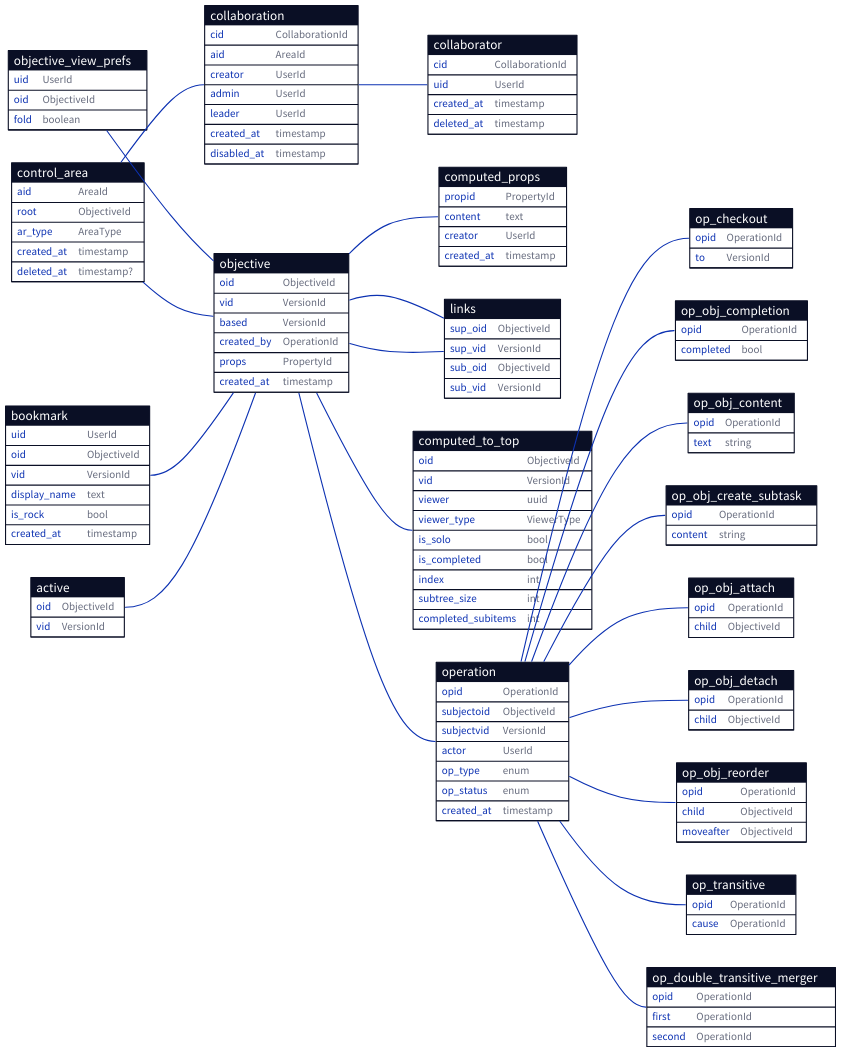
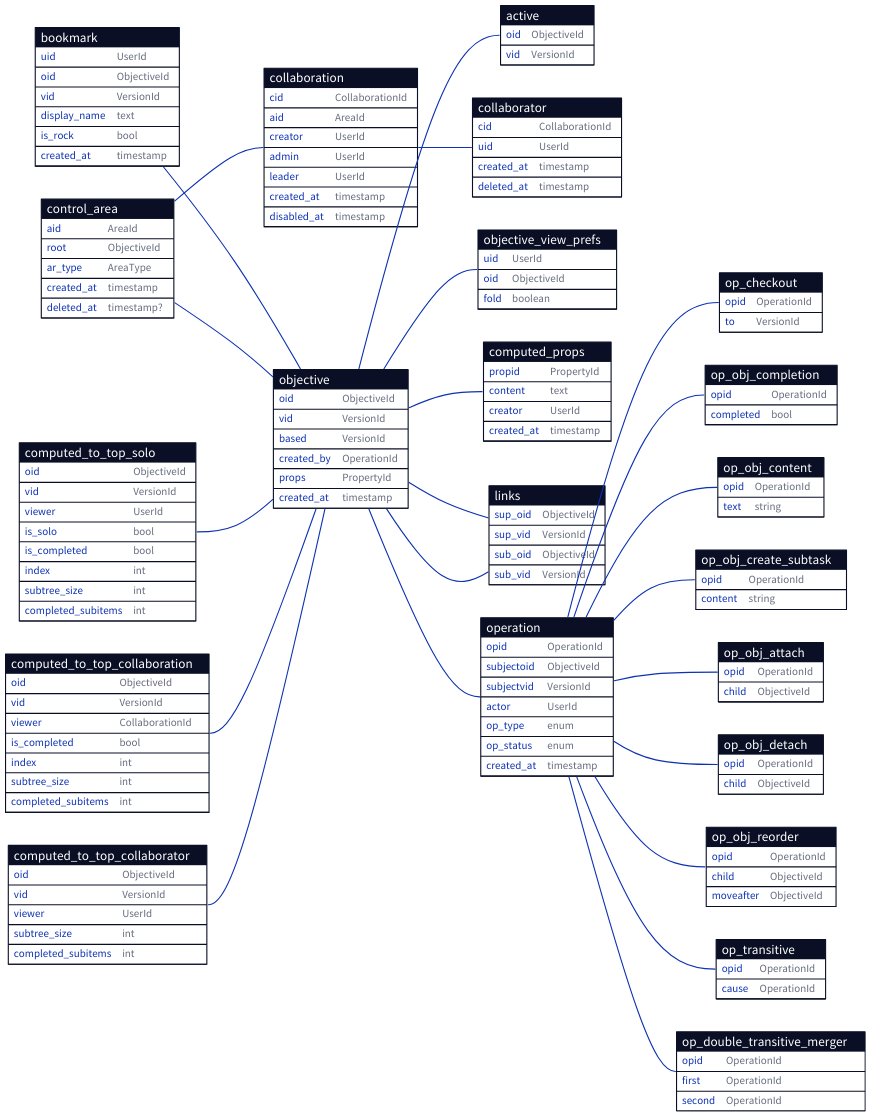
The diagram in docs/database/simplified.d2 (ufukty/logbook), drawn with D2 before and after one commit. The commit also changed 2 other files, not shown here.

Commit message:
docs/database/simplified: separates the `computed_to_top` table into 3 tables one is for solo tasks and the other 2 is for the collaboration and collaborators. to count in-collaboration items once and promote attached solo tasks only for owner-viewer

```diff
--- a/docs/database/simplified.d2
+++ b/docs/database/simplified.d2
@@ -91,18 +91,42 @@
   sub_vid: VersionId
 }
 
-computed_to_top: {
+computed_to_top_solo: {
   shape: sql_table
 
   oid: ObjectiveId
   vid: VersionId
-  viewer: uuid
-  viewer_type: ViewerType
+  viewer: UserId
 
   is_solo: bool
   is_completed: bool
 
   index: int
+  subtree_size: int
+  completed_subitems: int
+}
+
+computed_to_top_collaboration: {
+  shape: sql_table
+
+  oid: ObjectiveId
+  vid: VersionId
+  viewer: CollaborationId
+
+  is_completed: bool
+
+  index: int
+  subtree_size: int
+  completed_subitems: int
+}
+
+computed_to_top_collaborator: {
+  shape: sql_table
+
+  oid: ObjectiveId
+  vid: VersionId
+  viewer: UserId
+
   subtree_size: int
   completed_subitems: int
 }
@@ -192,7 +216,7 @@
 
 direction: right
 
-active.oid -- objective.oid
+objective.oid -- active.oid
 
 # a bookmark points to a root node of a work tree
 bookmark.oid -- objective.oid
@@ -201,12 +225,14 @@
 control_area.aid -- collaboration.aid
 collaboration.cid -- collaborator.cid
 
-objective_view_prefs.oid -- objective.oid
+objective.oid -- objective_view_prefs.oid
 
 objective.oid -- links.sup_oid
 objective.oid -- links.sub_oid
 
-objective.oid -- computed_to_top.oid
+computed_to_top_solo.oid -- objective.oid
+computed_to_top_collaboration.oid -- objective.oid
+computed_to_top_collaborator.oid -- objective.oid
 
 operation.opid -- op_checkout.opid
 operation.opid -- op_obj_completion.opid
```
